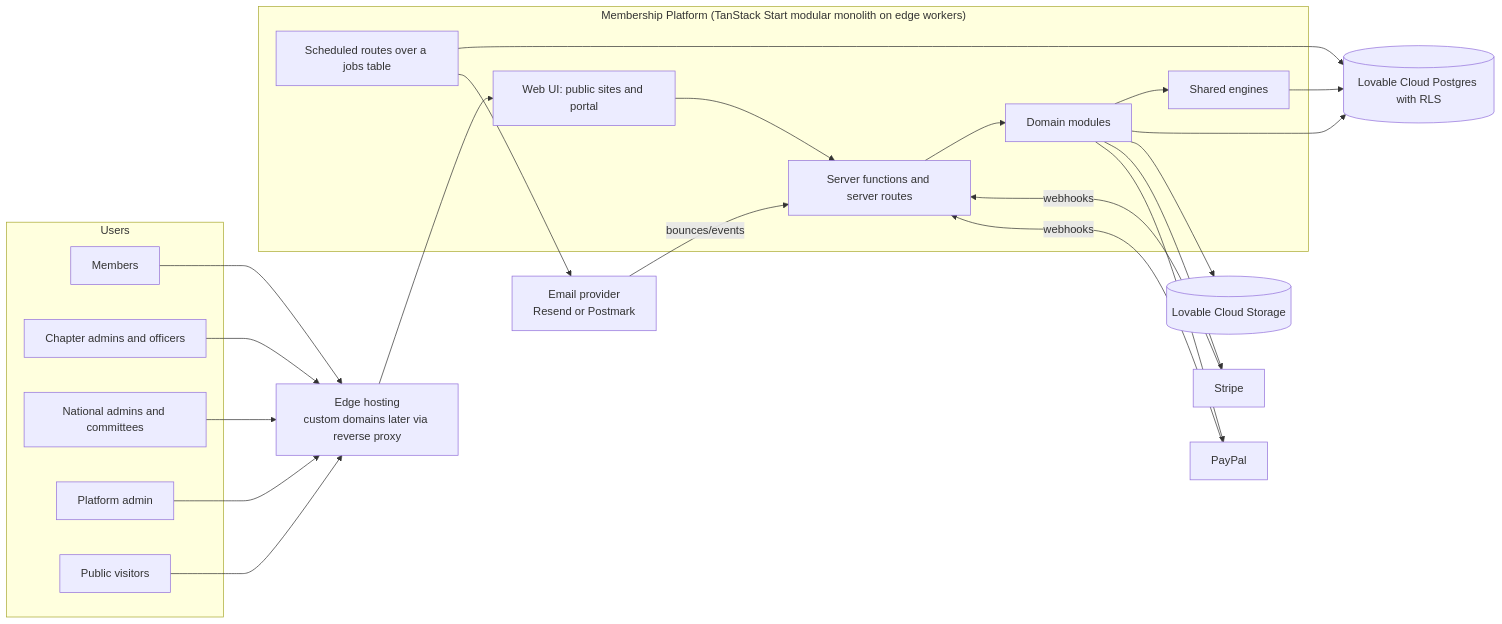
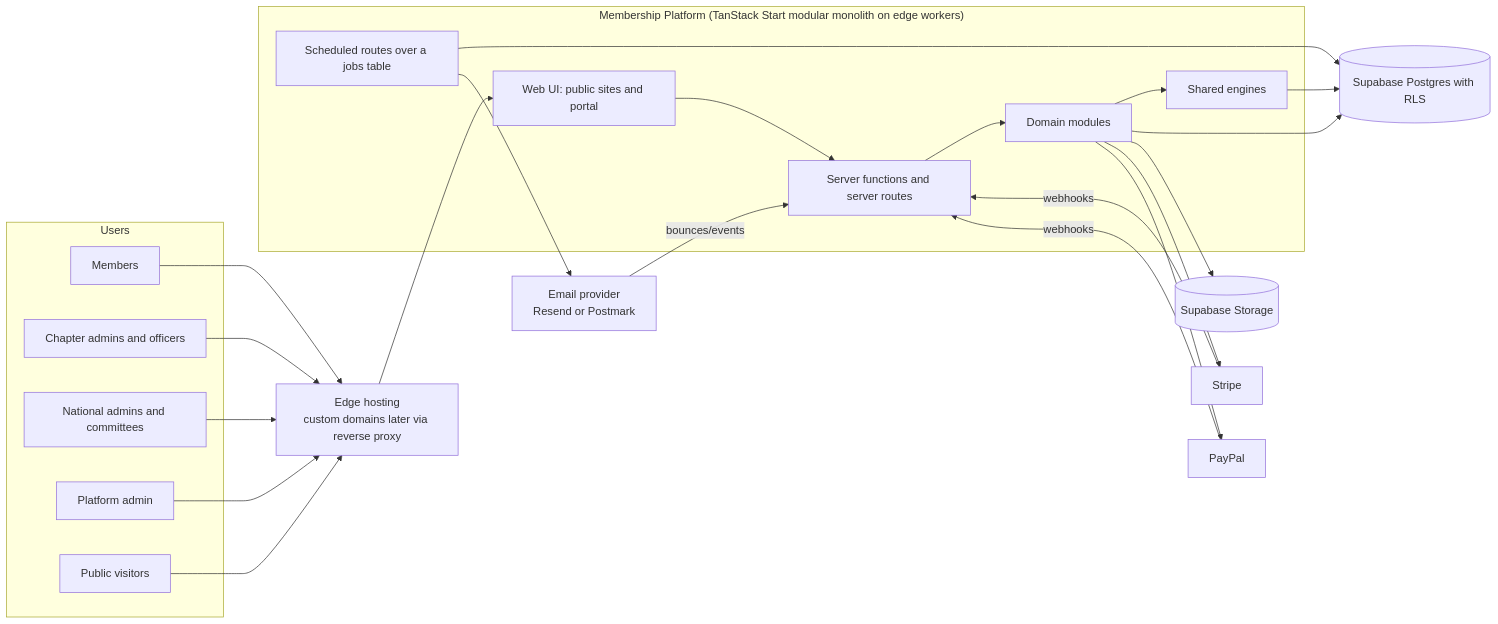
One commit to Nox-Mob/OpenCharterApp changed the first of 5 diagrams in docs/architecture.md. Above: the diagram before and after it, drawn with Mermaid. The commit also changed other lines of this file and 38 other files, not shown here.

````diff
--- a/docs/architecture.md
+++ b/docs/architecture.md
@@ -13,45 +13,45 @@
 ```mermaid
 flowchart LR
     subgraph Users
         M[Members]
         CA[Chapter admins and officers]
         NA[National admins and committees]
         PA[Platform admin]
         PUB[Public visitors]
     end
 
     subgraph App["Membership Platform (TanStack Start modular monolith on edge workers)"]
         WEB[Web UI: public sites and portal]
         API[Server functions and server routes]
         ENG[Shared engines]
         MOD[Domain modules]
         JOBS[Scheduled routes over a jobs table]
     end
 
-    DB[(Lovable Cloud Postgres with RLS)]
-    S3[(Lovable Cloud Storage)]
+    DB[(Supabase Postgres with RLS)]
+    S3[(Supabase Storage)]
     PROXY[Edge hosting<br/>custom domains later via reverse proxy]
     STRIPE[Stripe]
     PAYPAL[PayPal]
     EMAIL[Email provider<br/>Resend or Postmark]
 
     PUB --> PROXY
     M --> PROXY
     CA --> PROXY
     NA --> PROXY
     PA --> PROXY
     PROXY --> WEB
     WEB --> API
     API --> MOD
     MOD --> ENG
     MOD --> DB
     ENG --> DB
     JOBS --> DB
     JOBS --> EMAIL
     MOD --> S3
     MOD --> STRIPE
     MOD --> PAYPAL
     STRIPE -- webhooks --> API
     PAYPAL -- webhooks --> API
     EMAIL -- bounces/events --> API
 ```
````
